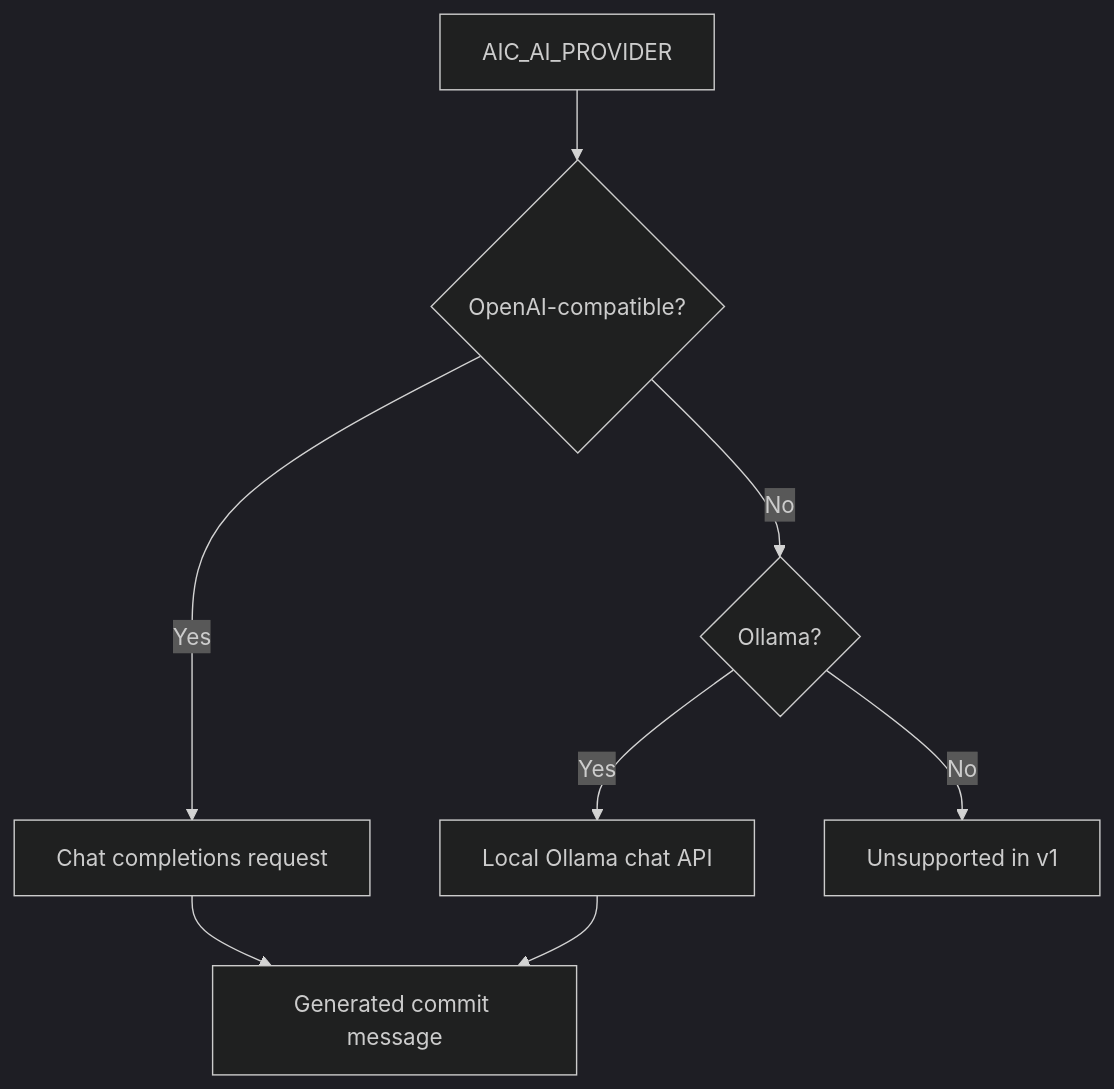
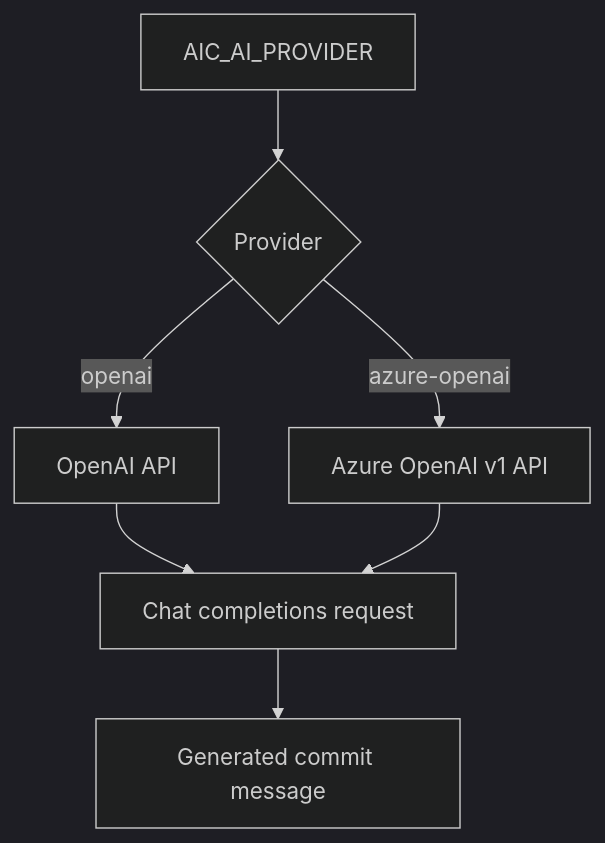
One commit to russmckendrick/aicommit changed the diagram in docs/providers.md. Above: the diagram before and after it, drawn with Mermaid (dark theme). The commit also changed other lines of this file and 11 other files, not shown here.

First line of the commit message:
✨ feat(provider): narrow support to openai and azure openai

````diff
--- a/docs/providers.md
+++ b/docs/providers.md
@@ -17,10 +12,9 @@
 ```mermaid
 flowchart TD
-    Config["AIC_AI_PROVIDER"] --> OpenAICompat{"OpenAI-compatible?"}
-    OpenAICompat -->|Yes| Chat["Chat completions request"]
-    OpenAICompat -->|No| Ollama{"Ollama?"}
-    Ollama -->|Yes| Local["Local Ollama chat API"]
-    Ollama -->|No| Error["Unsupported in v1"]
+    Config["AIC_AI_PROVIDER"] --> Provider{"Provider"}
+    Provider -->|openai| OpenAI["OpenAI API"]
+    Provider -->|azure-openai| Azure["Azure OpenAI v1 API"]
+    OpenAI --> Chat["Chat completions request"]
+    Azure --> Chat
     Chat --> Result["Generated commit message"]
-    Local --> Result
 ```
````
